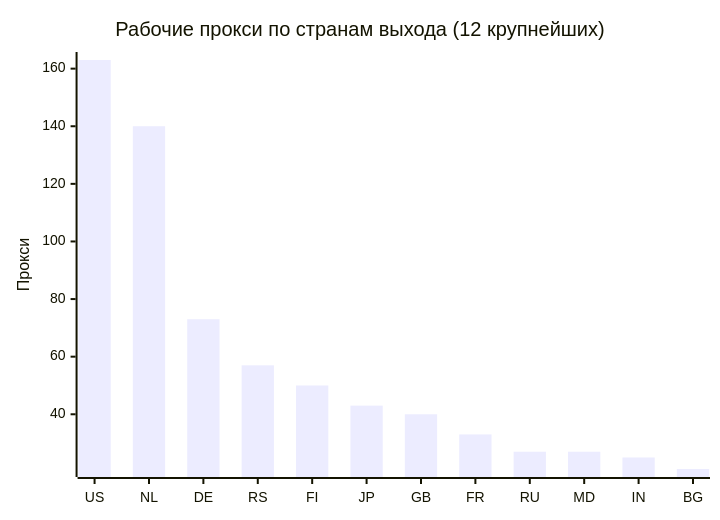
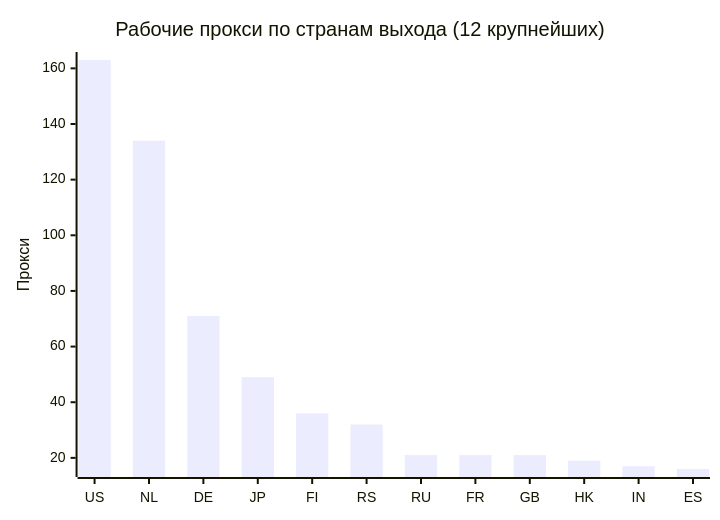
One commit to rvvg/proxy-subs changed the second of 4 diagrams in README.md. Above: the diagram before and after it, drawn with Mermaid. The commit also changed other lines of this file and 45 other files, not shown here.

````diff
--- a/README.md
+++ b/README.md
@@ -127,7 +124,7 @@
 ```mermaid
 xychart-beta
     title "Рабочие прокси по странам выхода (12 крупнейших)"
-    x-axis ["US", "NL", "DE", "RS", "FI", "JP", "GB", "FR", "RU", "MD", "IN", "BG"]
+    x-axis ["US", "NL", "DE", "JP", "FI", "RS", "RU", "FR", "GB", "HK", "IN", "ES"]
     y-axis "Прокси"
-    bar [163, 140, 73, 57, 50, 43, 40, 33, 27, 27, 25, 21]
+    bar [163, 134, 71, 49, 36, 32, 21, 21, 21, 19, 17, 16]
 ```
````
